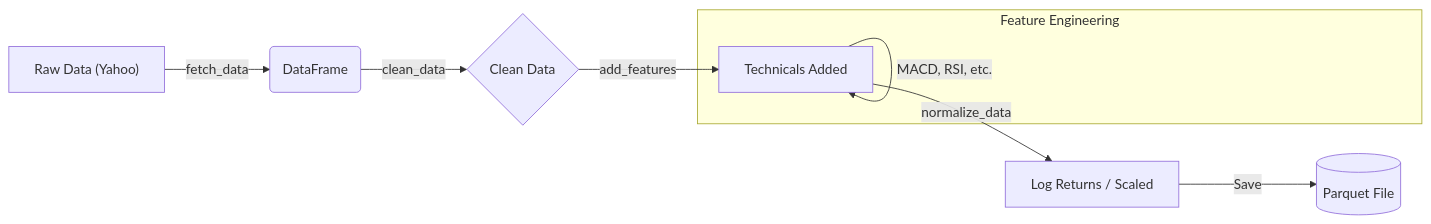
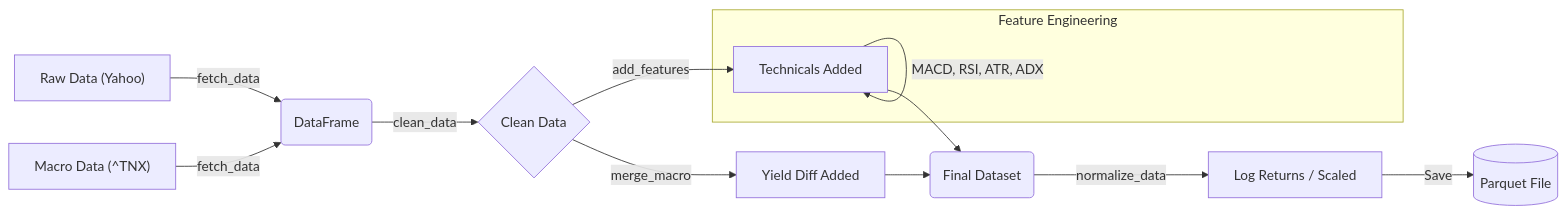
The second of 6 diagrams in docs/system_architecture.md (mathiasb/FinRL), drawn with Mermaid before and after one commit. The commit also changed 2 other files, not shown here.

Commit message:
docs: Enhance Documentation & Notebook for Non-Experts
- usage.md: Added FX Privacy Primer, Macro explanations, Mermaid diagrams.
- system_architecture.md: Updated for Phase 7 Macro pipeline.
- alpha_fx_demo.ipynb: Full narrative rewrite with FX concepts and diagrams.

````diff
--- a/docs/system_architecture.md
+++ b/docs/system_architecture.md
@@ -28,12 +28,16 @@
 ```mermaid
 flowchart LR
     A["Raw Data (Yahoo)"] -->|fetch_data| B("DataFrame")
+    M["Macro Data (^TNX)"] -->|fetch_data| B
     B -->|clean_data| C{"Clean Data"}
     C -->|add_features| D["Technicals Added"]
-    D -->|normalize_data| E["Log Returns / Scaled"]
-    E -->|Save| F[("Parquet File")]
+    C -->|merge_macro| E["Yield Diff Added"]
+    D --> F(Final Dataset)
+    E --> F
+    F -->|normalize_data| G["Log Returns / Scaled"]
+    G -->|Save| H[("Parquet File")]
     
     subgraph Feature Engineering
-    D -- "MACD, RSI, etc." --> D
+    D -- "MACD, RSI, ATR, ADX" --> D
     end
 ```
````
